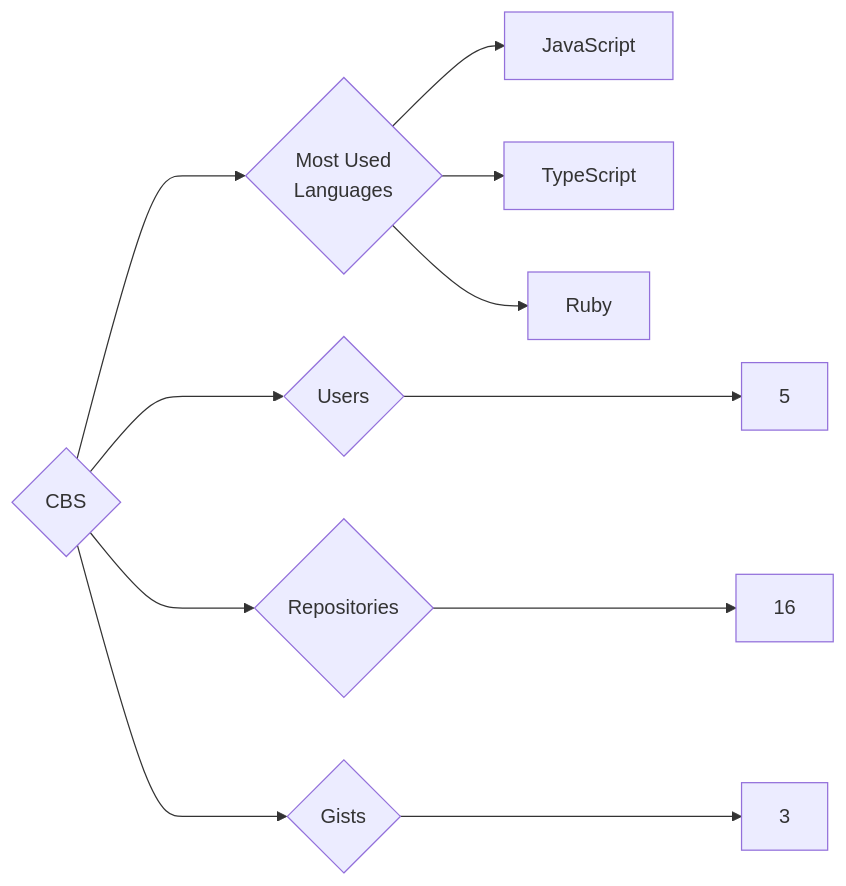
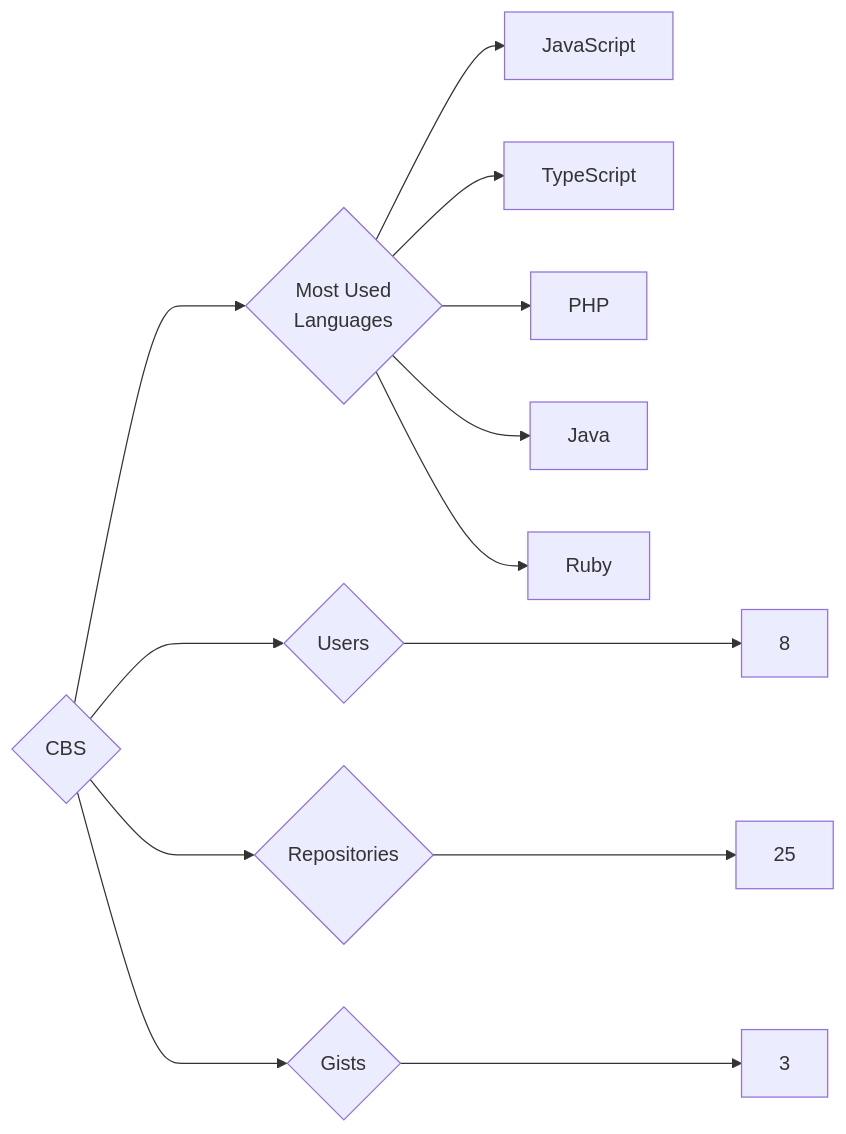
Before and after one commit to trickest/insiders: the diagram in targets/CBS/README.md, drawn with Mermaid. The commit also changed 912 other files, not shown here.

````diff
--- a/targets/CBS/README.md
+++ b/targets/CBS/README.md
@@ -3,11 +3,13 @@
 ```mermaid
 graph LR
 COMPANY_NAME{CBS}
-COMPANY_NAME ---> U{Users} ---> UN[5]
-COMPANY_NAME ---> R{Repositories} ---> RN[16]
+COMPANY_NAME ---> U{Users} ---> UN[8]
+COMPANY_NAME ---> R{Repositories} ---> RN[25]
 COMPANY_NAME ---> G{Gists} ---> GN[3]
 COMPANY_NAME ---> ML{Most Used<br>Languages}
 ML --> JavaScript[JavaScript]
 ML --> TypeScript[TypeScript]
+ML --> PHP[PHP]
+ML --> Java[Java]
 ML --> Ruby[Ruby]
 ```
````
